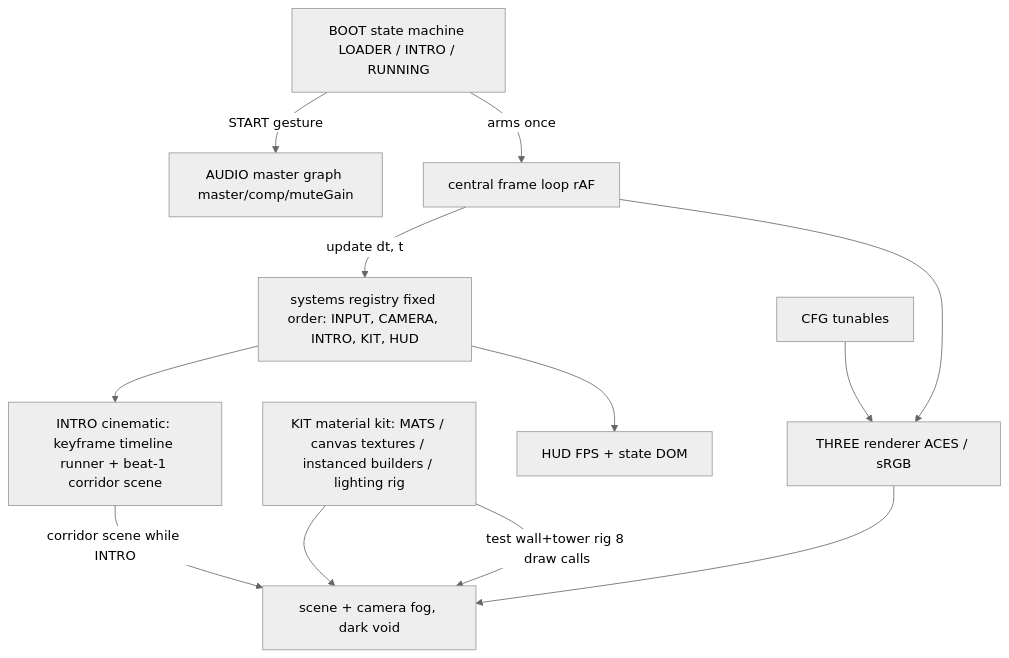
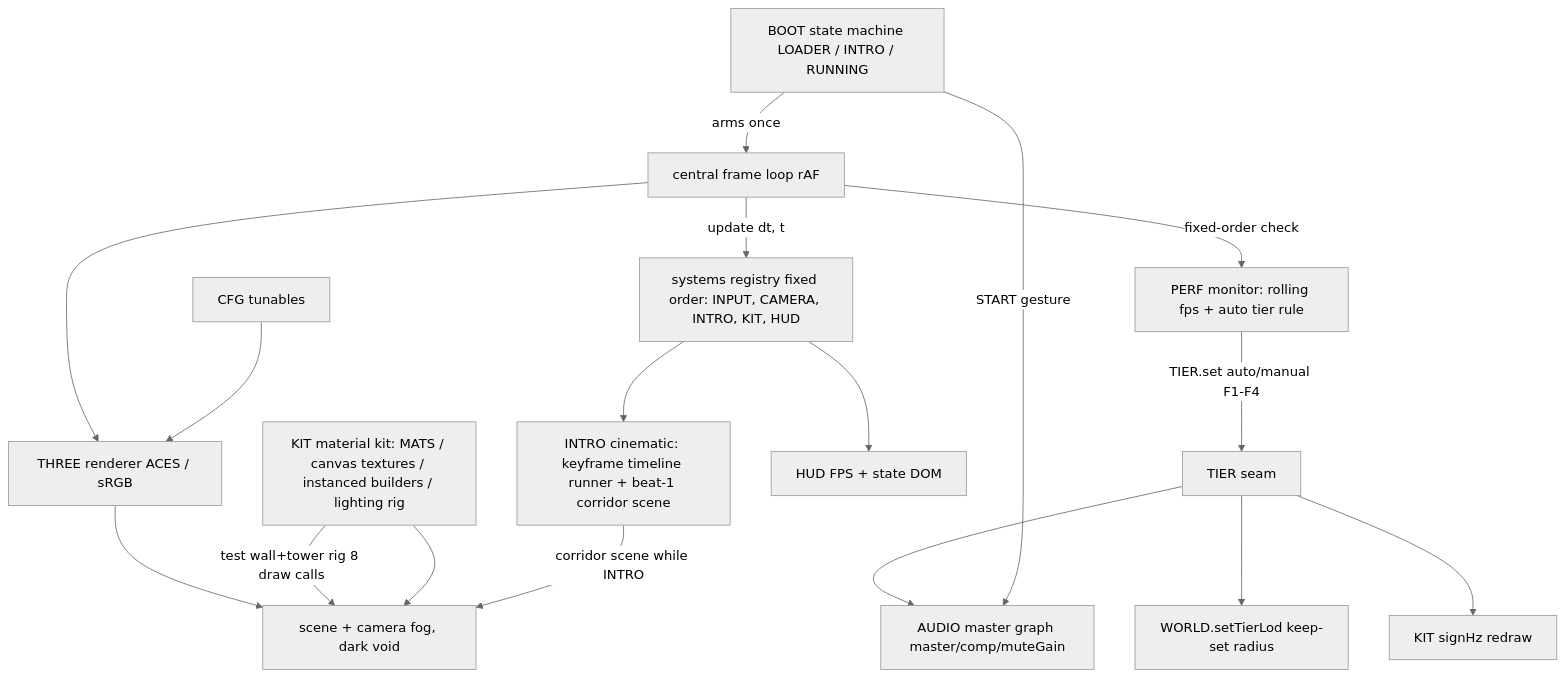
The diagram in brain/architecture.md (dilled/3dVoxelDemo), drawn with Mermaid (neutral theme) before and after one commit. The commit also changed other lines of this file and 5 other files, not shown here.

````diff
--- a/brain/architecture.md
+++ b/brain/architecture.md
@@ -14,14 +14,19 @@
 ```mermaid
 graph TD
   CFG[CFG tunables] --> R
   BOOT[BOOT state machine LOADER / INTRO / RUNNING] -->|START gesture| AUDIO[AUDIO master graph master/comp/muteGain]
   BOOT -->|arms once| LOOP[central frame loop rAF]
   LOOP -->|update dt, t| REG[systems registry fixed order: INPUT, CAMERA, INTRO, KIT, HUD]
+  LOOP -->|fixed-order check| PERF[PERF monitor: rolling fps + auto tier rule]
+  PERF -->|TIER.set auto/manual F1-F4| TIER[TIER seam]
+  TIER --> WORLD2[WORLD.setTierLod keep-set radius]
+  TIER --> KIT2[KIT signHz redraw]
+  TIER --> AUDIO
   REG --> INTRO[INTRO cinematic: keyframe timeline runner + beat-1 corridor scene]
   INTRO -->|corridor scene while INTRO| SC
   REG --> HUD[HUD FPS + state DOM]
   KIT[KIT material kit: MATS / canvas textures / instanced builders / lighting rig] --> SC
   KIT -->|test wall+tower rig 8 draw calls| SC
   LOOP --> R[THREE renderer ACES / sRGB]
   R --> SC[scene + camera fog, dark void]
 ```
````
